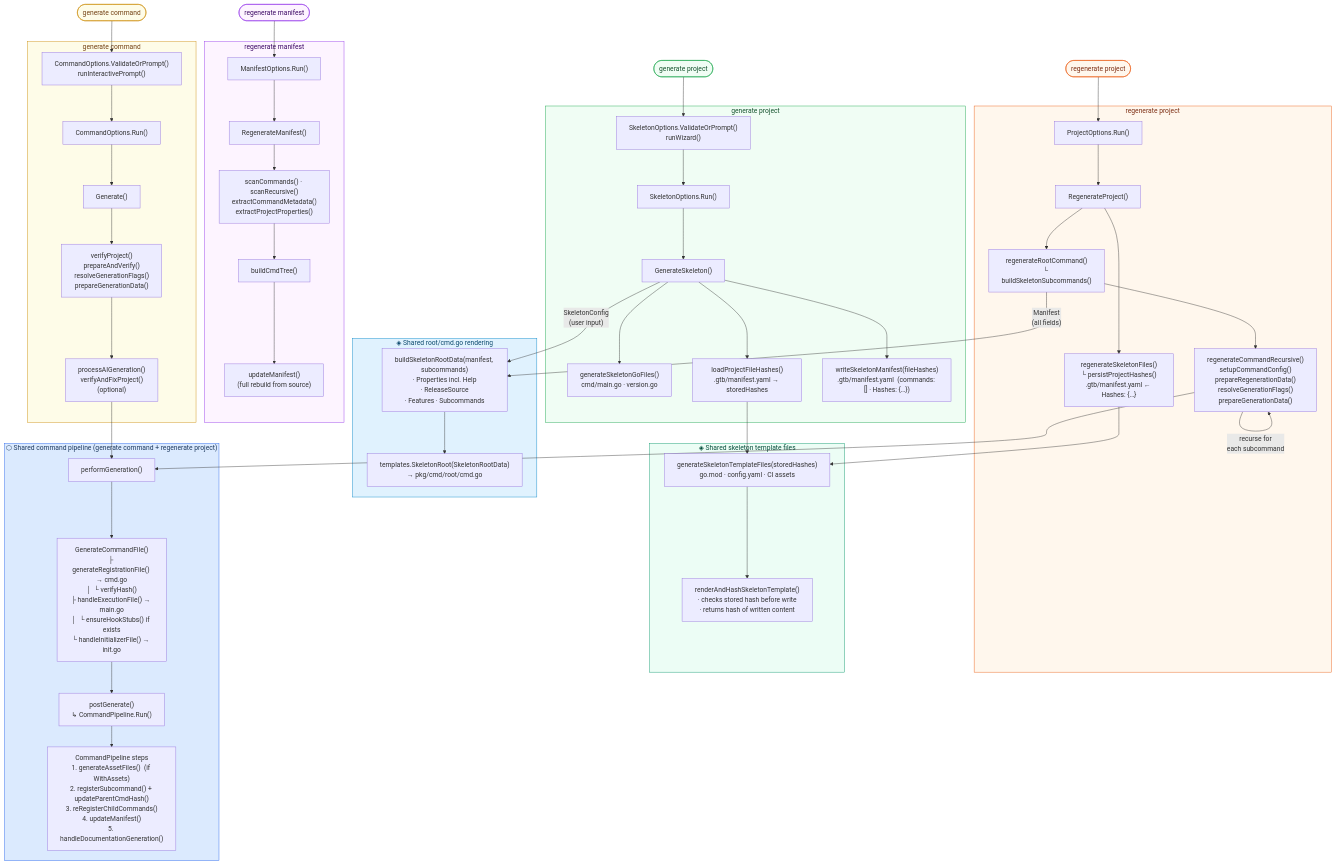
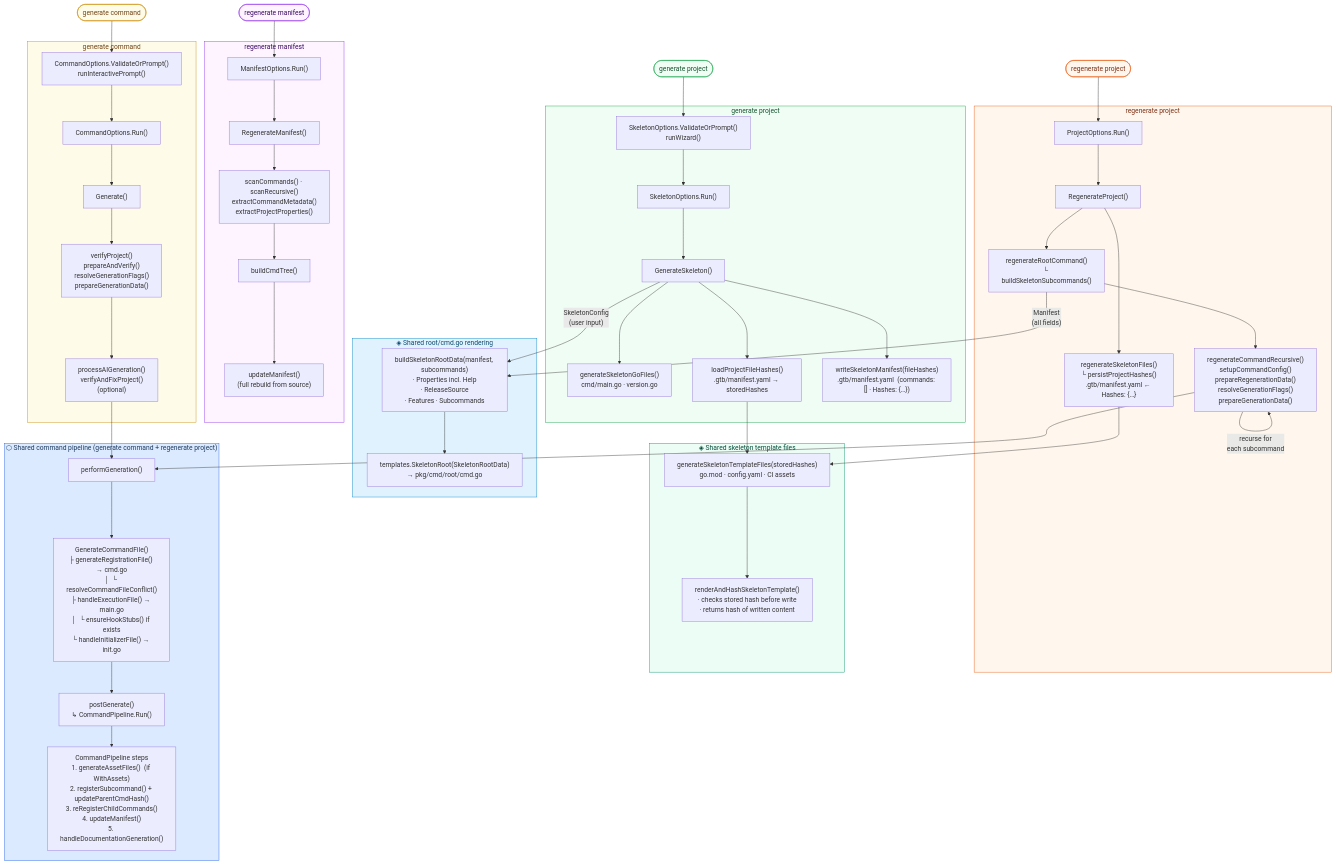
One commit to phpboyscout/go-tool-base changed the diagram in docs/development/code-generation-flows.md. Above: the diagram before and after it, drawn with Mermaid. The commit also changed other lines of this file and 23 other files, not shown here.

```diff
--- a/docs/development/code-generation-flows.md
+++ b/docs/development/code-generation-flows.md
@@ -68,7 +68,7 @@
     %% ── Shared command pipeline ───────────────────────────────────
     subgraph SHARED ["⬡  Shared command pipeline  (generate command + regenerate project)"]
         PERF["performGeneration()"]
-        GCF["GenerateCommandFile()\n├ generateRegistrationFile() → cmd.go\n│  └ verifyHash()\n├ handleExecutionFile() → main.go\n│  └ ensureHookStubs() if exists\n└ handleInitializerFile() → init.go"]
+        GCF["GenerateCommandFile()\n├ generateRegistrationFile() → cmd.go\n│  └ resolveCommandFileConflict()\n├ handleExecutionFile() → main.go\n│  └ ensureHookStubs() if exists\n└ handleInitializerFile() → init.go"]
         POST["postGenerate()\n↳ CommandPipeline.Run()"]
         PIPE["CommandPipeline steps\n1. generateAssetFiles()  (if WithAssets)\n2. registerSubcommand() + updateParentCmdHash()\n3. reRegisterChildCommands()\n4. updateManifest()\n5. handleDocumentationGeneration()"]
     end
```
